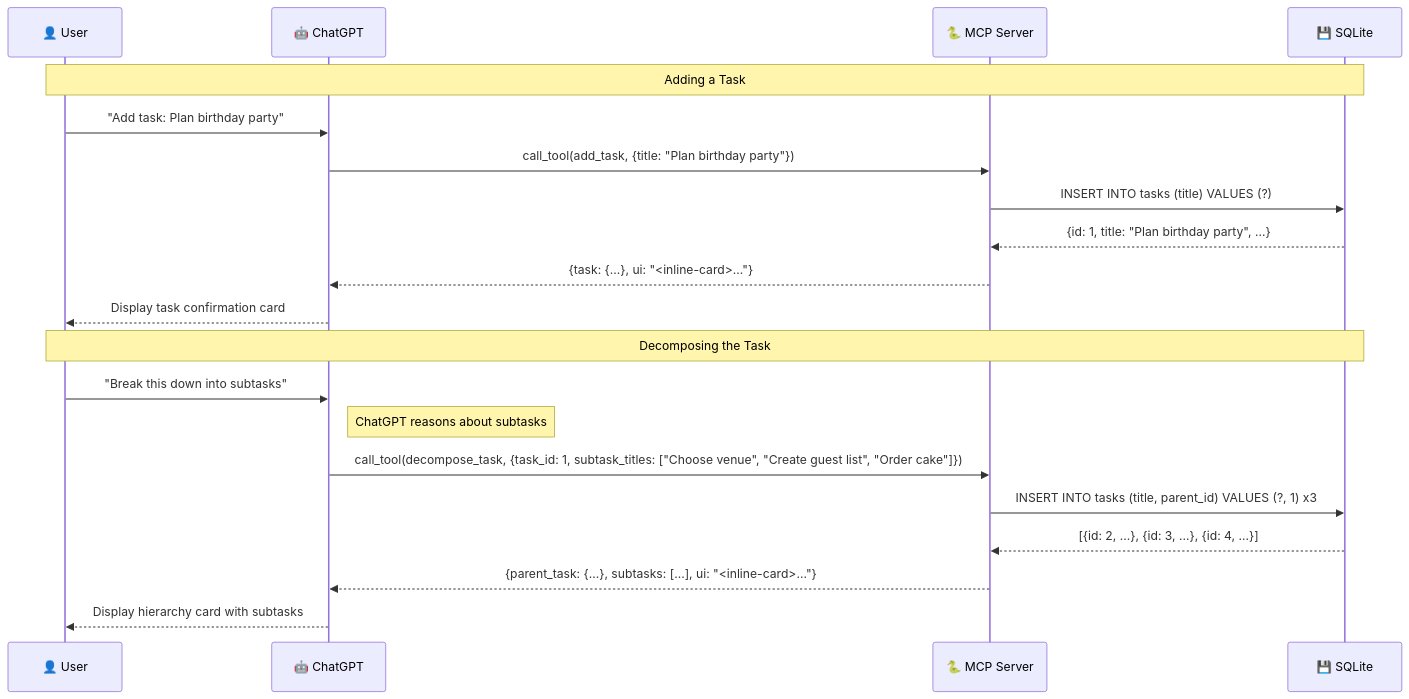
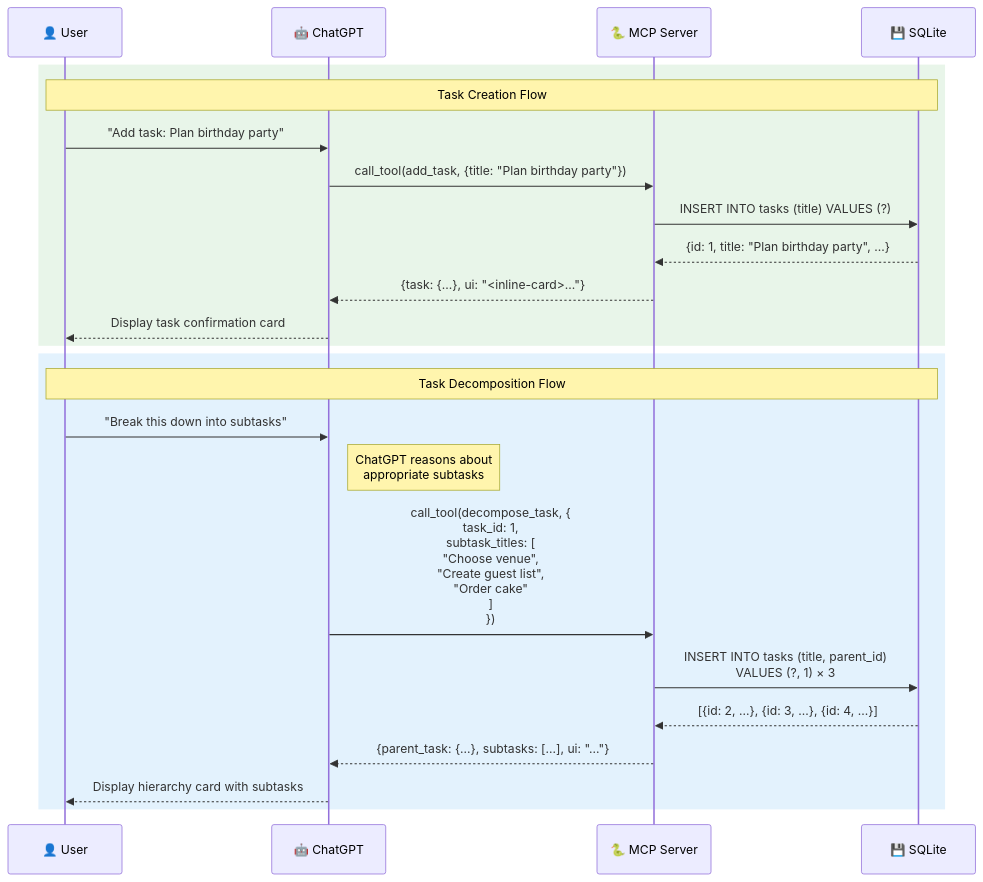
One commit to buildfaster-dev/chatgpt-todo-app changed the fifth of 6 diagrams in docs/C4-diagrams.md. Above: the diagram before and after it, drawn with Mermaid. The commit also changed other lines of this file, not shown here.

Commit message:
docs(c4): regenerate diagrams with proper styling

````diff
--- a/docs/C4-diagrams.md
+++ b/docs/C4-diagrams.md
@@ -326,24 +380,28 @@
 ```mermaid
 sequenceDiagram
     participant U as 👤 User
     participant C as 🤖 ChatGPT
     participant S as 🐍 MCP Server
     participant D as 💾 SQLite
 
-    Note over U,D: Adding a Task
-    U->>C: "Add task: Plan birthday party"
-    C->>S: call_tool(add_task, {title: "Plan birthday party"})
-    S->>D: INSERT INTO tasks (title) VALUES (?)
-    D-->>S: {id: 1, title: "Plan birthday party", ...}
-    S-->>C: {task: {...}, ui: "<inline-card>..."}
-    C-->>U: Display task confirmation card
+    rect rgb(232, 245, 233)
+        Note over U,D: Task Creation Flow
+        U->>C: "Add task: Plan birthday party"
+        C->>S: call_tool(add_task, {title: "Plan birthday party"})
+        S->>D: INSERT INTO tasks (title) VALUES (?)
+        D-->>S: {id: 1, title: "Plan birthday party", ...}
+        S-->>C: {task: {...}, ui: "<inline-card>..."}
+        C-->>U: Display task confirmation card
+    end
 
-    Note over U,D: Decomposing the Task
-    U->>C: "Break this down into subtasks"
-    Note right of C: ChatGPT reasons about subtasks
-    C->>S: call_tool(decompose_task, {task_id: 1, subtask_titles: ["Choose venue", "Create guest list", "Order cake"]})
-    S->>D: INSERT INTO tasks (title, parent_id) VALUES (?, 1) x3
-    D-->>S: [{id: 2, ...}, {id: 3, ...}, {id: 4, ...}]
-    S-->>C: {parent_task: {...}, subtasks: [...], ui: "<inline-card>..."}
-    C-->>U: Display hierarchy card with subtasks
+    rect rgb(227, 242, 253)
+        Note over U,D: Task Decomposition Flow
+        U->>C: "Break this down into subtasks"
+        Note right of C: ChatGPT reasons about<br/>appropriate subtasks
+        C->>S: call_tool(decompose_task, {<br/>  task_id: 1,<br/>  subtask_titles: [<br/>    "Choose venue",<br/>    "Create guest list",<br/>    "Order cake"<br/>  ]<br/>})
+        S->>D: INSERT INTO tasks (title, parent_id)<br/>VALUES (?, 1) × 3
+        D-->>S: [{id: 2, ...}, {id: 3, ...}, {id: 4, ...}]
+        S-->>C: {parent_task: {...}, subtasks: [...], ui: "..."}
+        C-->>U: Display hierarchy card with subtasks
+    end
 ```
````
